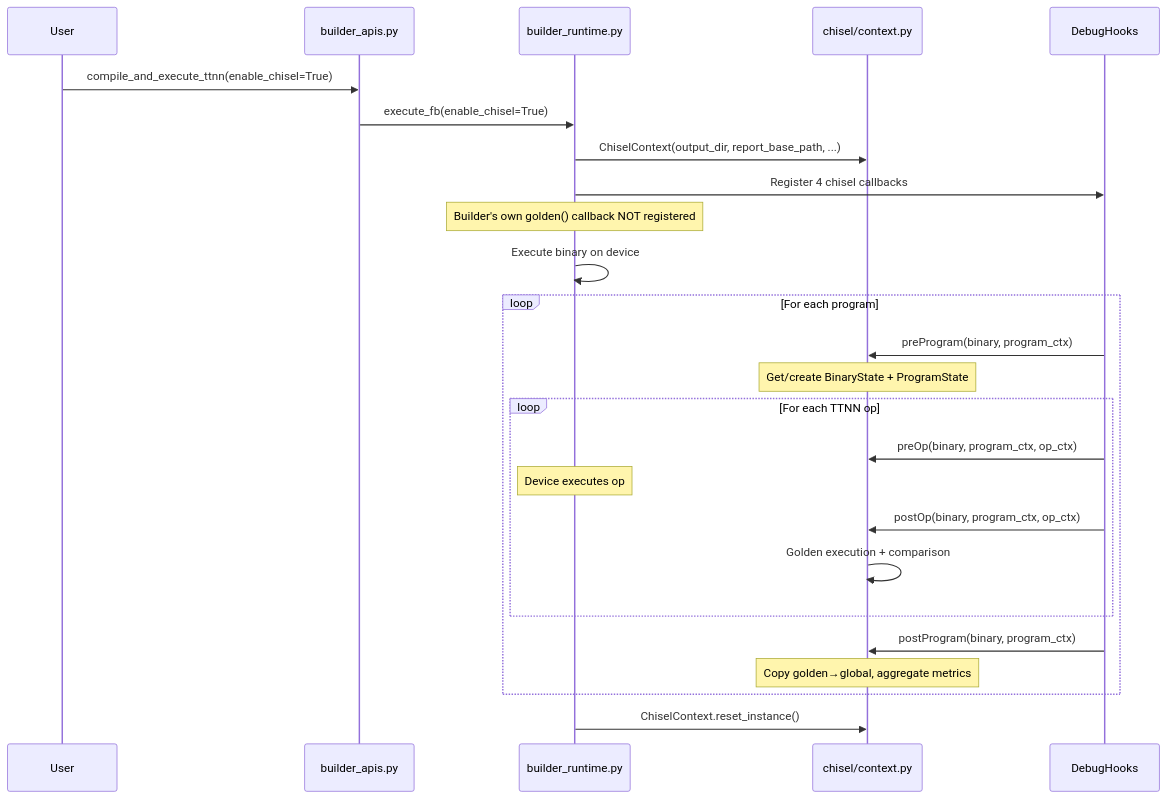
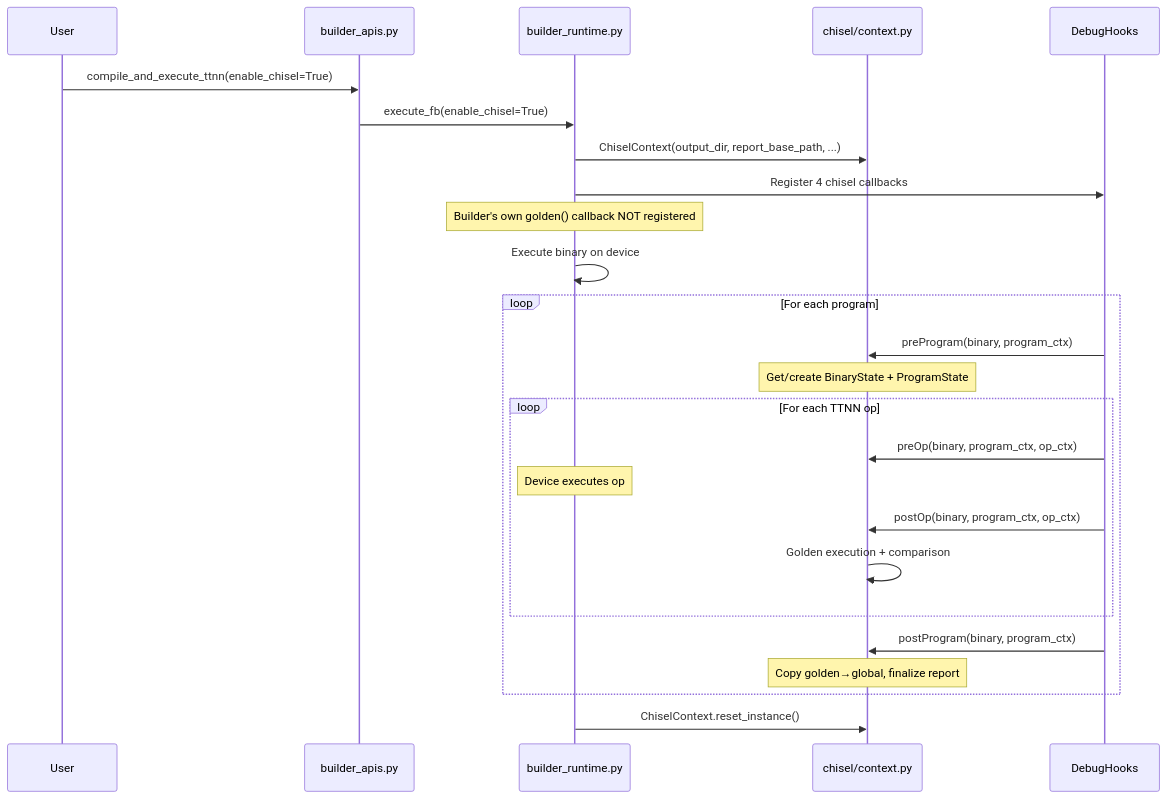
One commit to tenstorrent/tt-mlir changed the fourth of 4 diagrams in tools/chisel/docs/architecture.md. Above: the diagram before and after it, drawn with Mermaid. The commit also changed other lines of this file and 5 other files, not shown here.

````diff
--- a/tools/chisel/docs/architecture.md
+++ b/tools/chisel/docs/architecture.md
@@ -288,28 +288,28 @@
 ```mermaid
 sequenceDiagram;
     participant User
     participant Builder as builder_apis.py
     participant Runtime as builder_runtime.py
     participant Chisel as chisel/context.py
     participant Hooks as DebugHooks
 
     User->>Builder: compile_and_execute_ttnn(enable_chisel=True)
     Builder->>Runtime: execute_fb(enable_chisel=True)
     Runtime->>Chisel: ChiselContext(output_dir, report_base_path, ...)
     Runtime->>Hooks: Register 4 chisel callbacks
     Note over Runtime: Builder's own golden() callback NOT registered
     Runtime->>Runtime: Execute binary on device
     loop For each program
         Hooks->>Chisel: preProgram(binary, program_ctx)
         Note over Chisel: Get/create BinaryState + ProgramState
         loop For each TTNN op
             Hooks->>Chisel: preOp(binary, program_ctx, op_ctx)
             Note over Runtime: Device executes op
             Hooks->>Chisel: postOp(binary, program_ctx, op_ctx)
             Chisel->>Chisel: Golden execution + comparison
         end
         Hooks->>Chisel: postProgram(binary, program_ctx)
-        Note over Chisel: Copy golden→global, aggregate metrics
+        Note over Chisel: Copy golden→global, finalize report
     end
     Runtime->>Chisel: ChiselContext.reset_instance()
 ```
````
